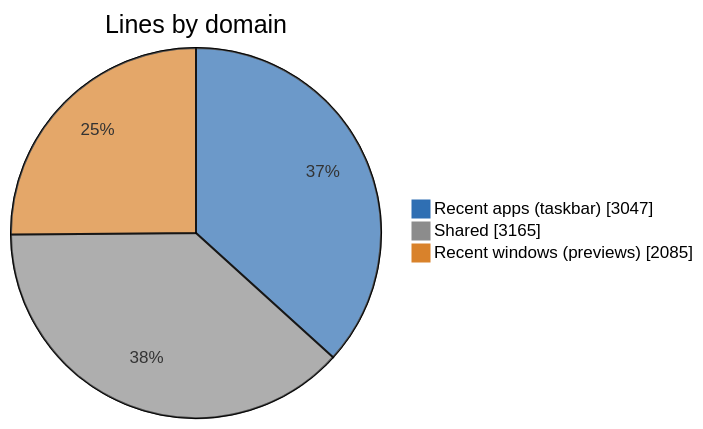
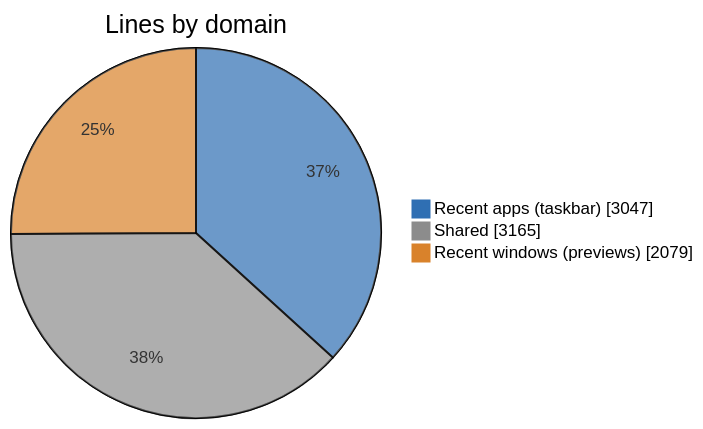
The first of 5 diagrams in doc/code/code-breakdown.md (jvlasek/taskbar-recent-focus-highlight), drawn with Mermaid before and after one commit. The commit also changed other lines of this file and 5 other files, not shown here.

````diff
--- a/doc/code/code-breakdown.md
+++ b/doc/code/code-breakdown.md
@@ -15,7 +15,7 @@
 ```mermaid
 %%{init: {"themeVariables": {"pie1": "#2F6FB3", "pie2": "#8C8C8C", "pie3": "#D9822B", "pieOuterStrokeWidth": "1px"}}}%%
 pie showData title Lines by domain
     "Recent apps (taskbar)" : 3047
     "Shared" : 3165
-    "Recent windows (previews)" : 2085
+    "Recent windows (previews)" : 2079
 ```
````
